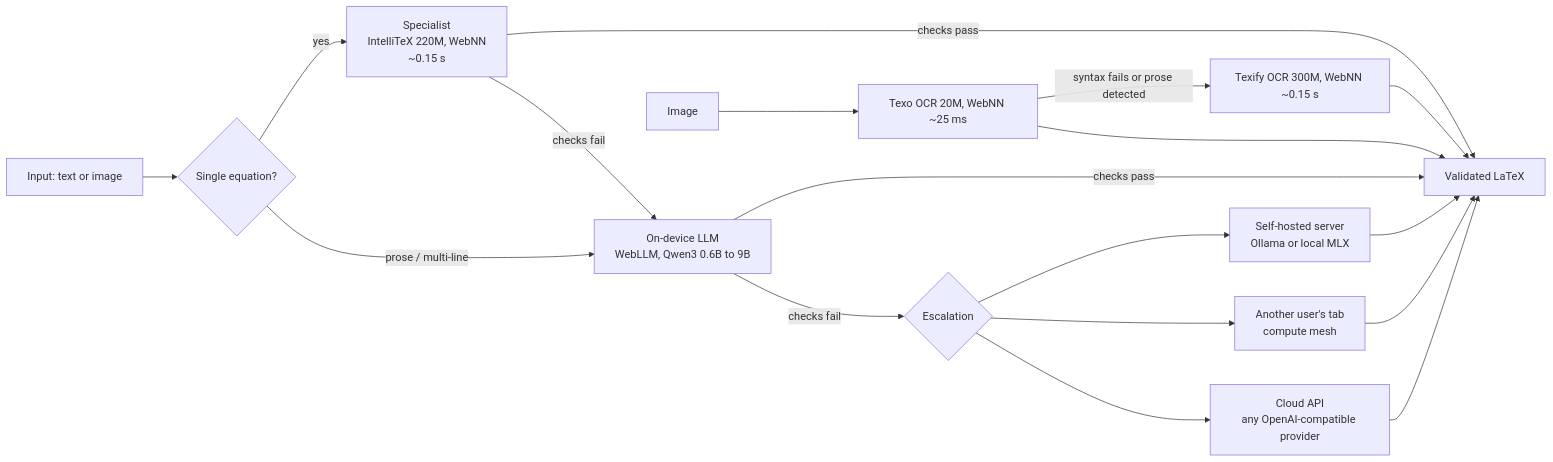
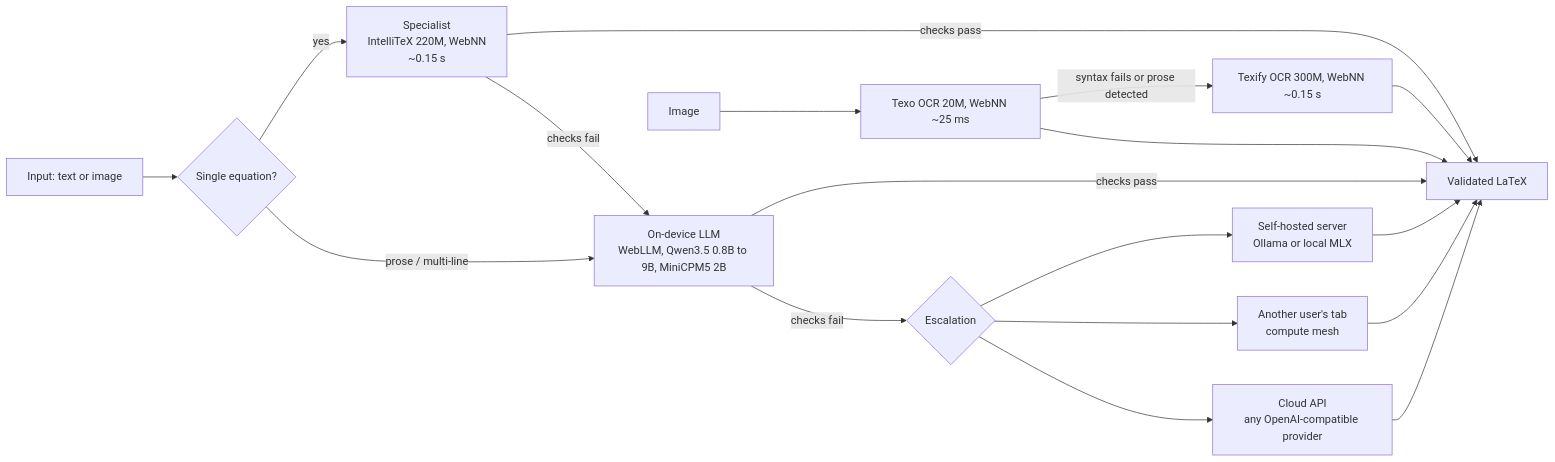
Before and after one commit to OlehZhyhinas/LatexGen: the diagram in docs/architecture.md, drawn with Mermaid. The commit also changed other lines of this file and 10 other files, not shown here.

First line of the commit message:
Ship Qwen3.5 and a self-compiled MiniCPM5 2B in the browser ladder; unescape double-escaped LaTeX

````diff
--- a/docs/architecture.md
+++ b/docs/architecture.md
@@ -5,16 +5,16 @@
 ```mermaid
 flowchart LR
     A[Input: text or image] --> B{Single equation?}
     B -- yes --> C[Specialist<br/>IntelliTeX 220M, WebNN<br/>~0.15 s]
     B -- prose / multi-line --> D
     C -- checks pass --> Z[Validated LaTeX]
-    C -- checks fail --> D[On-device LLM<br/>WebLLM, Qwen3 0.6B to 9B]
+    C -- checks fail --> D[On-device LLM<br/>WebLLM, Qwen3.5 0.8B to 9B, MiniCPM5 2B]
     D -- checks pass --> Z
     D -- checks fail --> E{Escalation}
     E --> F[Self-hosted server<br/>Ollama or local MLX]
     E --> G[Another user's tab<br/>compute mesh]
     E --> H[Cloud API<br/>any OpenAI-compatible provider]
     F & G & H --> Z
     A2[Image] --> I[Texo OCR 20M, WebNN ~25 ms] -- syntax fails or prose detected --> J[Texify OCR 300M, WebNN ~0.15 s]
     I & J --> Z
 ```
````
